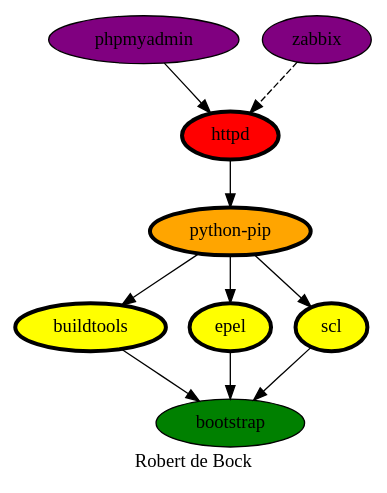
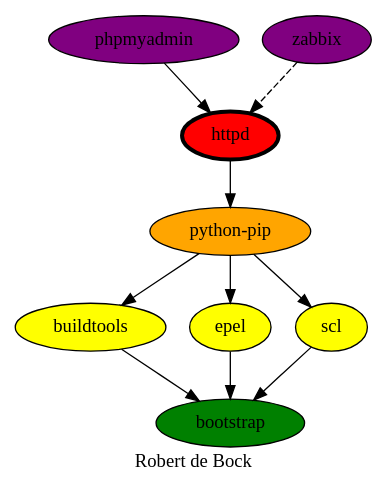
The diagram in httpd.dot (robertdebock/robertdebock.github.io), drawn with Graphviz before and after one commit.

Commit message:
Update httpd.dot
Only this role has a pen width of 3.

```diff
--- a/httpd.dot
+++ b/httpd.dot
@@ -1,19 +1,19 @@
 digraph PhiloDilemma {
   label = "Robert de Bock" ;
   overlap=false
   {
     bootstrap [fillcolor=green style=filled]
-    buildtools [fillcolor=yellow style=filled penwidth=3]
-    epel [fillcolor=yellow style=filled penwidth=3]
-    scl [fillcolor=yellow style=filled penwidth=3]
-    "python-pip" [fillcolor=orange style=filled penwidth=3]
+    buildtools [fillcolor=yellow style=filled]
+    epel [fillcolor=yellow style=filled]
+    scl [fillcolor=yellow style=filled]
+    "python-pip" [fillcolor=orange style=filled]
     httpd [fillcolor=red style=filled penwidth=3]
     phpmyadmin [fillcolor=purple style=filled]
     zabbix [fillcolor=purple style=filled]
   }
   {buildtools epel scl} -> bootstrap
   "python-pip" -> {buildtools epel scl}
   httpd -> "python-pip"
   phpmyadmin -> httpd
   zabbix -> httpd [style=dashed]
 }
```
